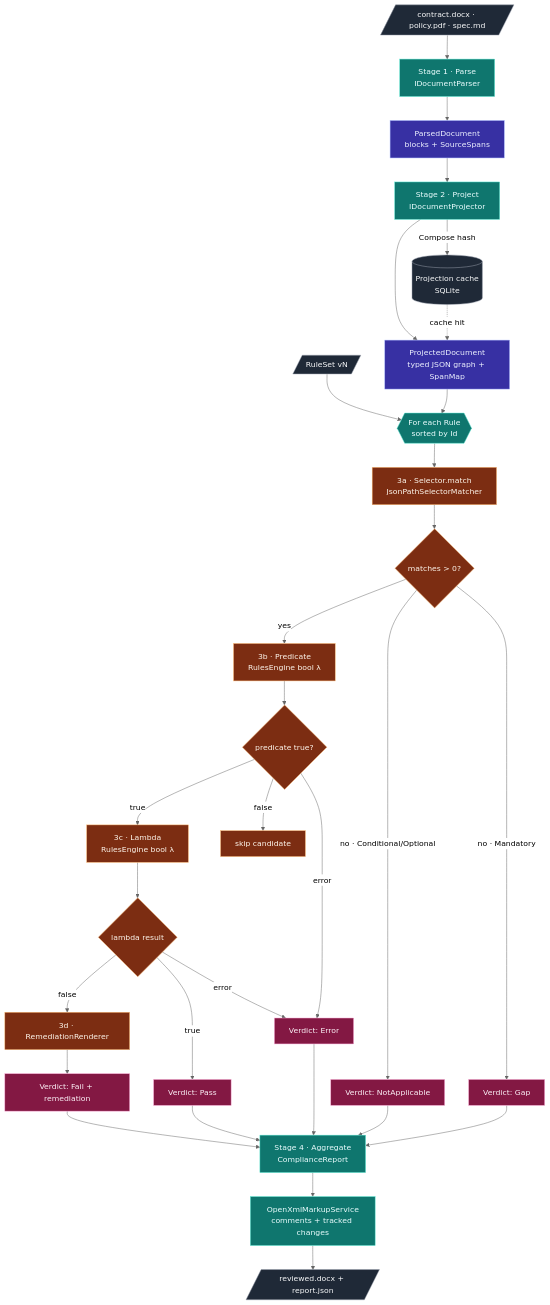
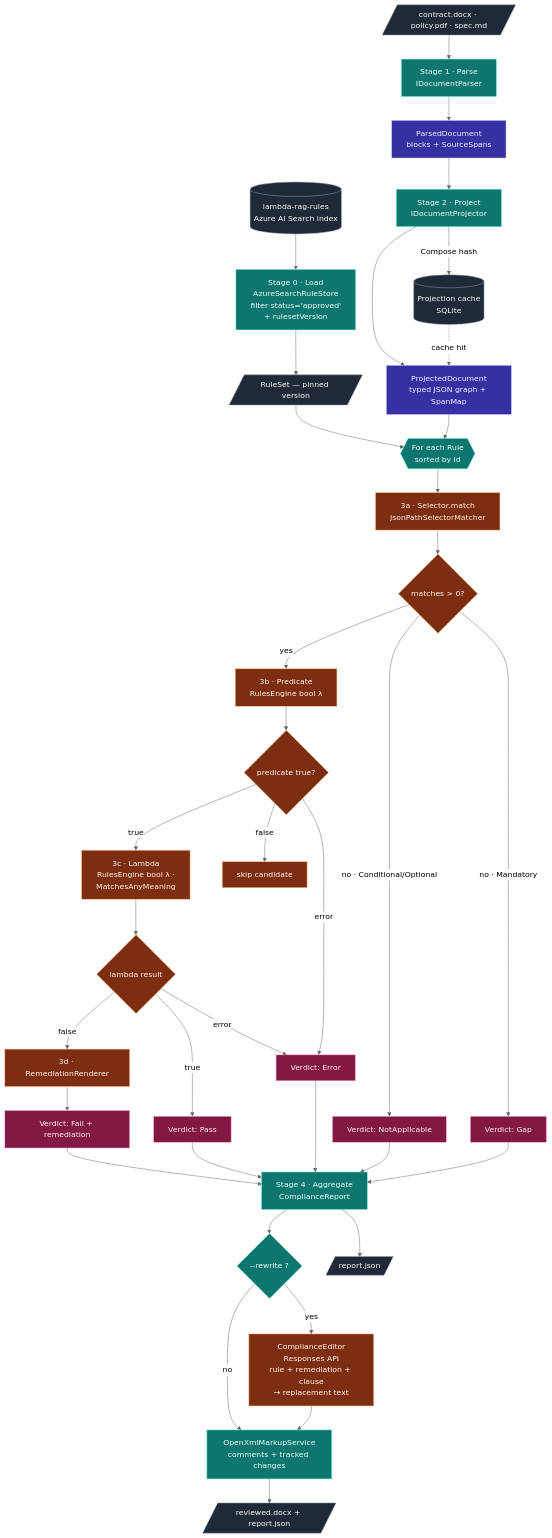
One commit to MTCMarkFranco/lambda-rag changed the diagram in docs/PIPELINE.md. Above: the diagram before and after it, drawn with Mermaid (neutral theme). The commit also changed other lines of this file and 2 other files, not shown here.

First line of the commit message:
docs: refresh architecture for Azure Search rule store + rewrite path

````diff
--- a/docs/PIPELINE.md
+++ b/docs/PIPELINE.md
@@ -193,50 +242,57 @@
 ```mermaid
 flowchart TD
     classDef io fill:#1f2937,stroke:#9ca3af,color:#f9fafb
     classDef stage fill:#0f766e,stroke:#5eead4,color:#ecfeff
     classDef rule fill:#7c2d12,stroke:#fdba74,color:#fff7ed
     classDef artifact fill:#3730a3,stroke:#a5b4fc,color:#eef2ff
     classDef verdict fill:#831843,stroke:#f9a8d4,color:#fdf2f8
 
     SRC[/contract.docx · policy.pdf · spec.md/]:::io
     PARSER[Stage 1 · Parse<br/>IDocumentParser]:::stage
     PARSED[ParsedDocument<br/>blocks + SourceSpans]:::artifact
     PROJ[Stage 2 · Project<br/>IDocumentProjector]:::stage
     PG[ProjectedDocument<br/>typed JSON graph + SpanMap]:::artifact
     CACHE[(Projection cache<br/>SQLite)]:::io
 
     SRC --> PARSER --> PARSED --> PROJ
     PROJ -- "Compose hash" --> CACHE
     CACHE -. cache hit .-> PG
     PROJ --> PG
 
-    RS[/RuleSet vN/]:::io
+    RSIDX[(lambda-rag-rules<br/>Azure AI Search index)]:::io
+    LOAD[Stage 0 · Load<br/>AzureSearchRuleStore<br/>filter status='approved'<br/>+ rulesetVersion]:::stage
+    RS[/RuleSet — pinned version/]:::io
     LOOP{{For each Rule<br/>sorted by Id}}:::stage
     SEL[3a · Selector.match<br/>JsonPathSelectorMatcher]:::rule
     NOMATCH{matches > 0?}:::rule
     PRED[3b · Predicate<br/>RulesEngine bool λ]:::rule
     GATE{predicate true?}:::rule
-    LAM[3c · Lambda<br/>RulesEngine bool λ]:::rule
+    LAM[3c · Lambda<br/>RulesEngine bool λ ·<br/>MatchesAnyMeaning]:::rule
     LAMOUT{lambda result}:::rule
     REM[3d · RemediationRenderer]:::rule
 
+    RSIDX --> LOAD --> RS
     PG --> LOOP
     RS --> LOOP
     LOOP --> SEL
     SEL --> NOMATCH
     NOMATCH -- no · Mandatory --> VGAP[Verdict: Gap]:::verdict
     NOMATCH -- "no · Conditional/Optional" --> VNA[Verdict: NotApplicable]:::verdict
     NOMATCH -- yes --> PRED
     PRED --> GATE
     GATE -- false --> SKIP[skip candidate]:::rule
     GATE -- error --> VERR[Verdict: Error]:::verdict
     GATE -- true --> LAM
     LAM --> LAMOUT
     LAMOUT -- true --> VPASS[Verdict: Pass]:::verdict
     LAMOUT -- error --> VERR
     LAMOUT -- false --> REM --> VFAIL[Verdict: Fail + remediation]:::verdict
 
     VGAP & VNA & VERR & VPASS & VFAIL --> AGG[Stage 4 · Aggregate<br/>ComplianceReport]:::stage
-    AGG --> MARKUP[OpenXmlMarkupService<br/>comments + tracked changes]:::stage
+    AGG --> REWRITE{--rewrite ?}:::stage
+    REWRITE -- yes --> EDITOR[ComplianceEditor<br/>Responses API<br/>rule + remediation + clause<br/>→ replacement text]:::rule
+    EDITOR --> MARKUP[OpenXmlMarkupService<br/>comments + tracked changes]:::stage
+    REWRITE -- no --> MARKUP
     MARKUP --> OUT[/reviewed.docx + report.json/]:::io
+    AGG --> RPT[/report.json/]:::io
 ```
````
